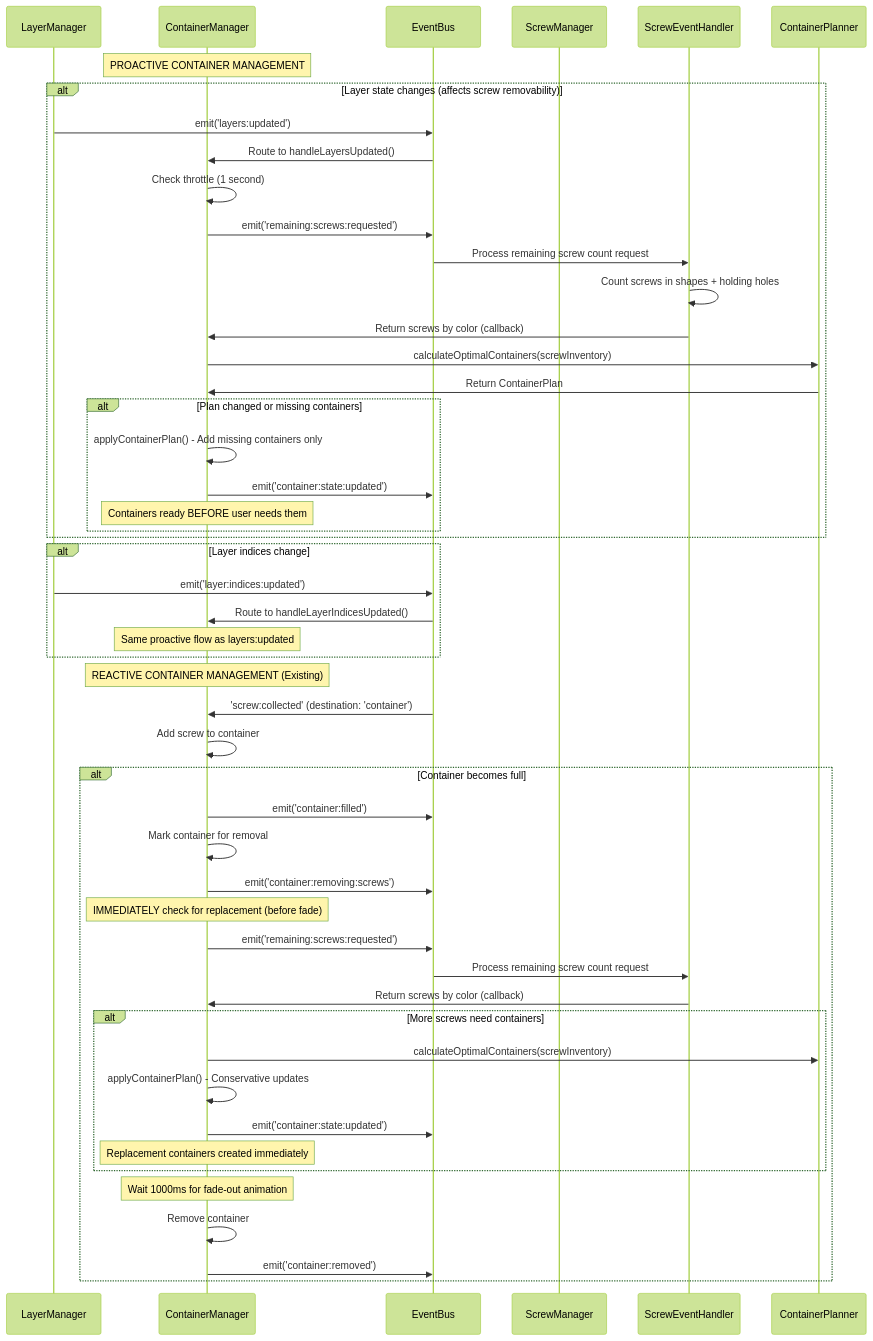
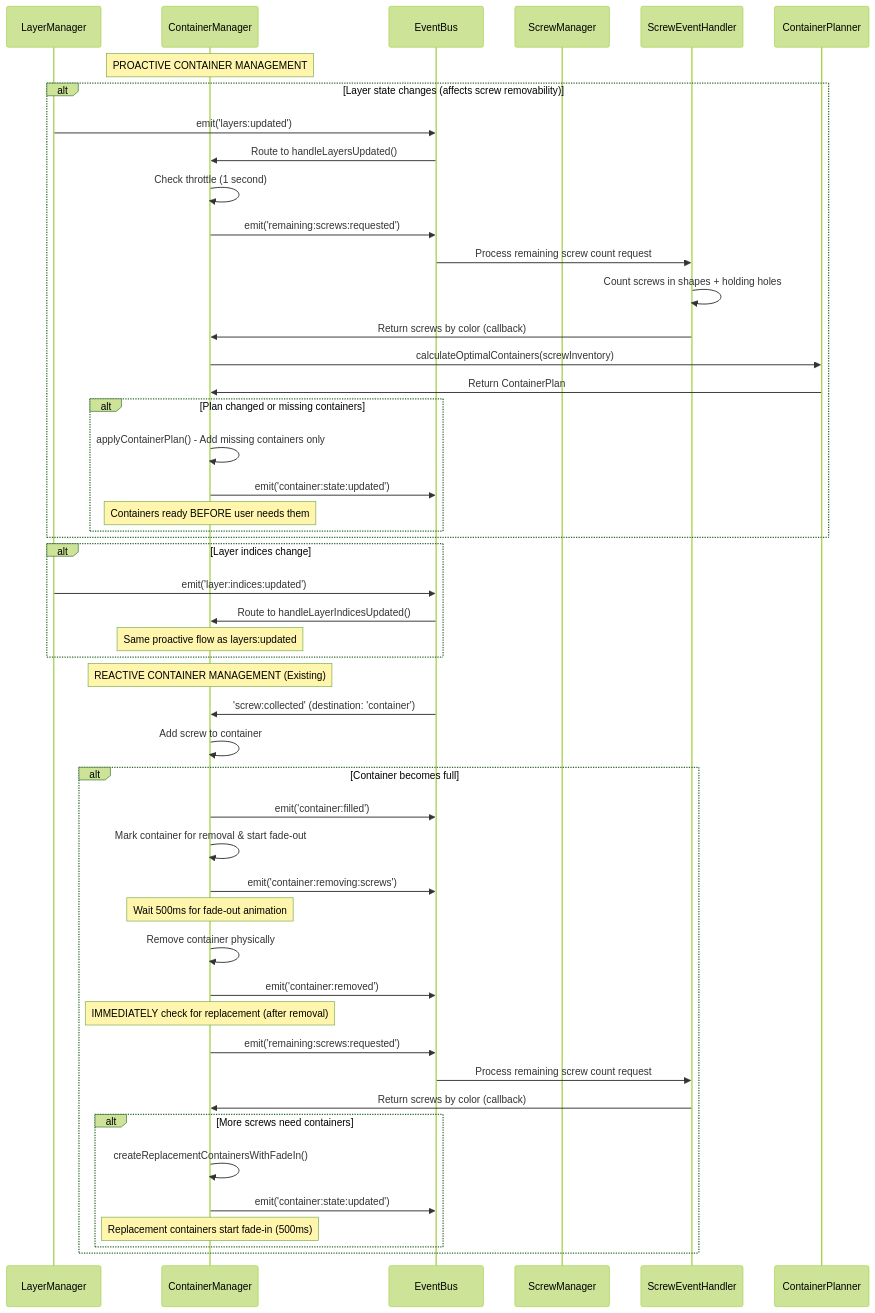
One commit to paulrobello/par-shape-2d changed the second of 6 diagrams in docs/game_event_flows.md. Above: the diagram before and after it, drawn with Mermaid (forest theme). The commit also changed other lines of this file and 4 other files, not shown here.

First line of the commit message:
Fix container fade timing and replacement logic for smoother UX

````diff
--- a/docs/game_event_flows.md
+++ b/docs/game_event_flows.md
@@ -151,62 +151,61 @@
 ```mermaid
 sequenceDiagram
     participant LM as LayerManager
     participant CM as ContainerManager
     participant EB as EventBus
     participant SM as ScrewManager
     participant SEH as ScrewEventHandler
     participant CP as ContainerPlanner
 
     Note over CM: PROACTIVE CONTAINER MANAGEMENT
     
     alt Layer state changes (affects screw removability)
         LM->>EB: emit('layers:updated')
         EB->>CM: Route to handleLayersUpdated()
         CM->>CM: Check throttle (1 second)
         CM->>EB: emit('remaining:screws:requested')
         EB->>SEH: Process remaining screw count request
         SEH->>SEH: Count screws in shapes + holding holes
         SEH->>CM: Return screws by color (callback)
         CM->>CP: calculateOptimalContainers(screwInventory)
         CP->>CM: Return ContainerPlan
         
         alt Plan changed or missing containers
             CM->>CM: applyContainerPlan() - Add missing containers only
             CM->>EB: emit('container:state:updated')
             Note over CM: Containers ready BEFORE user needs them
         end
     end
     
     alt Layer indices change
         LM->>EB: emit('layer:indices:updated')
         EB->>CM: Route to handleLayerIndicesUpdated()
         Note over CM: Same proactive flow as layers:updated
     end
 
     Note over CM: REACTIVE CONTAINER MANAGEMENT (Existing)
     
     EB->>CM: 'screw:collected' (destination: 'container')
     CM->>CM: Add screw to container
     
     alt Container becomes full
         CM->>EB: emit('container:filled')
-        CM->>CM: Mark container for removal
+        CM->>CM: Mark container for removal & start fade-out
         CM->>EB: emit('container:removing:screws')
         
-        Note over CM: IMMEDIATELY check for replacement (before fade)
+        Note over CM: Wait 500ms for fade-out animation
+        CM->>CM: Remove container physically
+        CM->>EB: emit('container:removed')
+        
+        Note over CM: IMMEDIATELY check for replacement (after removal)
         CM->>EB: emit('remaining:screws:requested')
         EB->>SEH: Process remaining screw count request
         SEH->>CM: Return screws by color (callback)
         
         alt More screws need containers
-            CM->>CP: calculateOptimalContainers(screwInventory)
-            CM->>CM: applyContainerPlan() - Conservative updates
+            CM->>CM: createReplacementContainersWithFadeIn()
             CM->>EB: emit('container:state:updated')
-            Note over CM: Replacement containers created immediately
+            Note over CM: Replacement containers start fade-in (500ms)
         end
-        
-        Note over CM: Wait 1000ms for fade-out animation
-        CM->>CM: Remove container
-        CM->>EB: emit('container:removed')
     end
 ```
````
